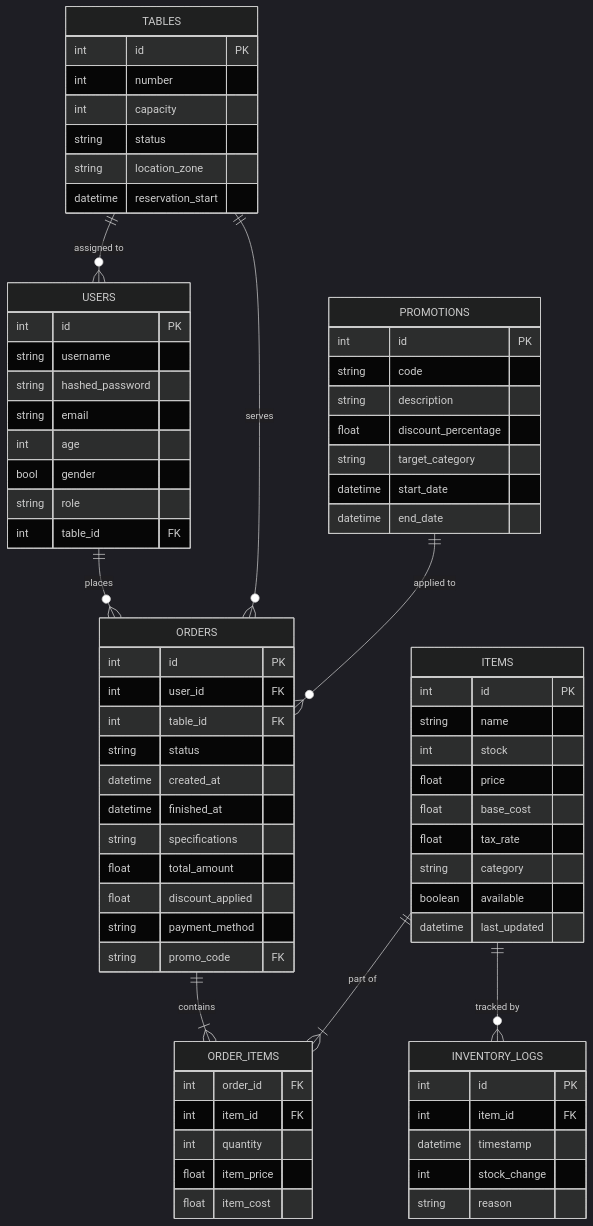
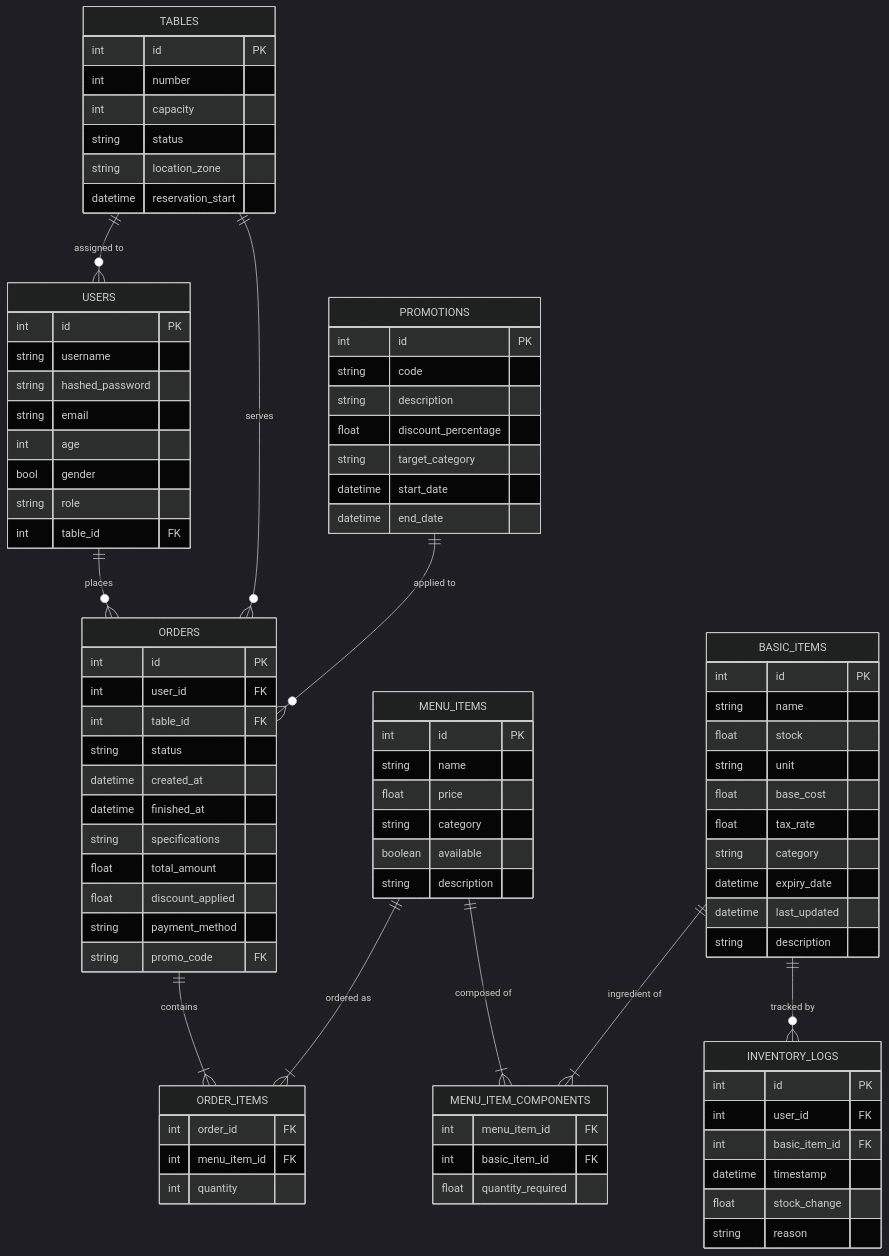
The first of 2 diagrams in _projects/7_ZéCo.md (jeduapf/jeduapf.github.io), drawn with Mermaid (dark theme) before and after one commit.

Commit message:
update database diagram

```diff
--- a/_projects/7_ZéCo.md
+++ b/_projects/7_ZéCo.md
@@ -96,16 +96,32 @@
          datetime reservation_start
       }
 
-      ITEMS {
+      BASIC_ITEMS {
          int id PK
          string name
-         int stock
-         float price
+         float stock
+         string unit
          float base_cost
          float tax_rate
          string category
+         datetime expiry_date
+         datetime last_updated
+         string description
+      }
+
+      MENU_ITEMS {
+         int id PK
+         string name
+         float price
+         string category
          boolean available
-         datetime last_updated
+         string description
+      }
+
+      MENU_ITEM_COMPONENTS {
+         int menu_item_id FK
+         int basic_item_id FK
+         float quantity_required
       }
 
       ORDERS {
@@ -124,10 +140,9 @@
 
       ORDER_ITEMS {
          int order_id FK
-         int item_id FK
+         int menu_item_id FK
          int quantity
-         float item_price
-         float item_cost
+
       }
 
       PROMOTIONS {
@@ -142,17 +157,21 @@
 
       INVENTORY_LOGS {
          int id PK
-         int item_id FK
+         int user_id FK
+         int basic_item_id FK
          datetime timestamp
-         int stock_change
+         float stock_change
          string reason
       }
 
+      %% Relationships
       USERS ||--o{ ORDERS : "places"
       TABLES ||--o{ USERS : "assigned to"
       TABLES ||--o{ ORDERS : "serves"
       ORDERS ||--|{ ORDER_ITEMS : "contains"
-      ITEMS ||--|{ ORDER_ITEMS : "part of"
+      MENU_ITEMS ||--|{ ORDER_ITEMS : "ordered as"
+      MENU_ITEMS ||--|{ MENU_ITEM_COMPONENTS : "composed of"
+      BASIC_ITEMS ||--|{ MENU_ITEM_COMPONENTS : "ingredient of"
       PROMOTIONS ||--o{ ORDERS : "applied to"
-      ITEMS ||--o{ INVENTORY_LOGS : "tracked by"
+      BASIC_ITEMS ||--o{ INVENTORY_LOGS : "tracked by"
 </div>
```
